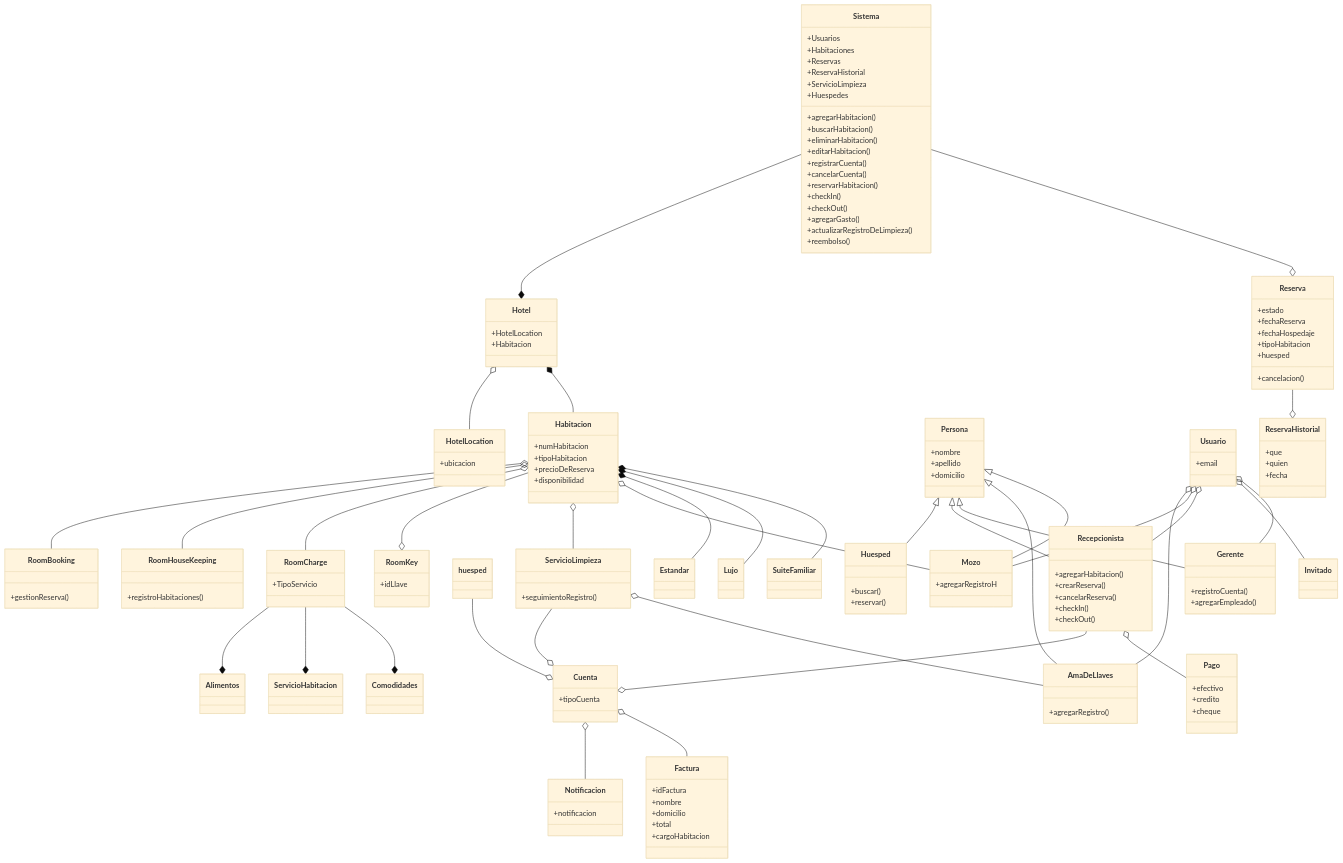
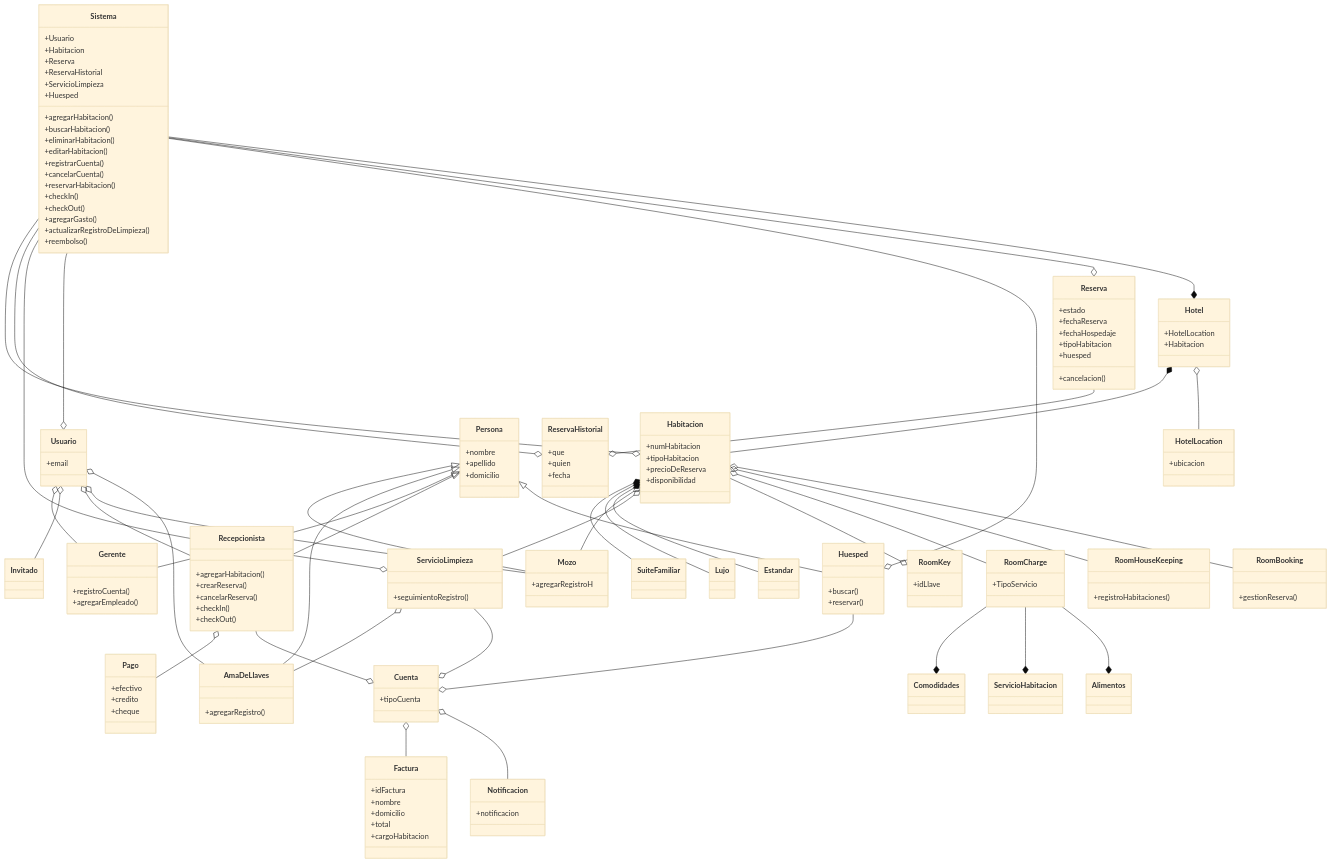
One commit to abrilchauq/Gestion-Hotelera changed the diagram in doc/diagrama.mmd. Above: the diagram before and after it, drawn with Mermaid (base theme).

```diff
--- a/doc/diagrama.mmd
+++ b/doc/diagrama.mmd
@@ -1,170 +1,171 @@
 classDiagram
 
     Hotel o-- HotelLocation
     Hotel *-- Habitacion
+    class Hotel
+    Hotel: +HotelLocation
+    Hotel: +Habitacion
+
+    class HotelLocation
+    HotelLocation: +ubicacion
 
     Persona <|-- Huesped 
     Persona <|-- Recepcionista
     Persona <|-- Gerente
     Persona <|-- AmaDeLlaves
     Persona <|-- Mozo
 
-   huesped --o Cuenta
-    Recepcionista --o Cuenta
-    ServicioLimpieza --o Cuenta
-
-    ServicioLimpieza o-- AmaDeLlaves
+    class Persona 
+    Persona: +nombre
+    Persona: +apellido
+    Persona: +domicilio
 
     Habitacion o-- RoomBooking
     Habitacion o-- RoomHouseKeeping
     Habitacion o-- RoomCharge
     Habitacion --o RoomKey
     Habitacion o-- ServicioLimpieza
     Habitacion o-- Mozo
-
-    Cuenta o-- Notificacion
-    Cuenta o-- Factura
-
-    Recepcionista o-- Pago
-
     Habitacion *-- Estandar
     Habitacion *-- Lujo
     Habitacion *-- SuiteFamiliar
-
-    RoomCharge --* Alimentos
-    RoomCharge --* ServicioHabitacion
-    RoomCharge --* Comodidades
-
-    Sistema --* Hotel
-    Sistema --o Reserva
-
-    Usuario o-- AmaDeLlaves
-    Usuario o-- Mozo 
-    Usuario o-- Recepcionista
-    Usuario o-- Invitado
-    Usuario o-- Gerente
-
-    Reserva --o ReservaHistorial 
-
-
-
-    class Hotel
-    Hotel: +HotelLocation
-    Hotel: +Habitacion
-
-    class HotelLocation
-    HotelLocation: +ubicacion
-
-    class Persona 
-    Persona: +nombre
-    Persona: +apellido
-    Persona: +domicilio
 
     class Habitacion
     Habitacion: +numHabitacion
     Habitacion: +tipoHabitacion
     Habitacion: +precioDeReserva
     Habitacion: +disponibilidad
 
-    class Cuenta 
+    Cuenta o-- Notificacion
+    Cuenta o-- Factura
+
+    class Cuenta
     Cuenta: +tipoCuenta
 
     class Gerente
     Gerente: +registroCuenta()
     Gerente: +agregarEmpleado()
+
+    Huesped --o Cuenta
 
     class Huesped
     Huesped: +buscar()
     Huesped: +reservar()
 
     class AmaDeLlaves
     AmaDeLlaves: +agregarRegistro()
 
+    Recepcionista --o Cuenta
+    Recepcionista o-- Pago
+
     class Recepcionista
     Recepcionista: +agregarHabitacion()
     Recepcionista: +crearReserva()
     Recepcionista: +cancelarReserva()
     Recepcionista: +checkIn()
     Recepcionista: +checkOut()
+
+    ServicioLimpieza --o Cuenta
+    ServicioLimpieza o-- AmaDeLlaves
 
     class ServicioLimpieza
     ServicioLimpieza: +seguimientoRegistro()
 
     class RoomBooking 
     RoomBooking: +gestionReserva()
 
     class Notificacion
     Notificacion: +notificacion
 
     class RoomHouseKeeping
     RoomHouseKeeping: +registroHabitaciones()
 
+    RoomCharge --* Alimentos
+    RoomCharge --* ServicioHabitacion
+    RoomCharge --* Comodidades
+
     class RoomCharge
+    
     RoomCharge: +TipoServicio
 
     class Factura
     Factura: +idFactura
     Factura: +nombre
     Factura: +domicilio
     Factura: +total
     Factura: +cargoHabitacion
 
     class RoomKey 
     RoomKey: +idLlave
 
     class Pago
     Pago: +efectivo
     Pago: +credito
     Pago: +cheque
 
     class ReservaHistorial
     ReservaHistorial: +que
     ReservaHistorial: +quien
     ReservaHistorial: +fecha
+
+    Reserva --o ReservaHistorial
 
     class Reserva
     Reserva: +estado
     Reserva: +fechaReserva
     Reserva: +fechaHospedaje
     Reserva: +tipoHabitacion
     Reserva: +huesped
     Reserva: +cancelacion()
 
     class Estandar
 
     class Lujo
 
     class SuiteFamiliar
 
     class Alimentos
 
     class ServicioHabitacion
 
     class Comodidades
 
     class Mozo
     Mozo: +agregarRegistroH
 
+    Usuario o-- AmaDeLlaves
+    Usuario o-- Mozo 
+    Usuario o-- Recepcionista
+    Usuario o-- Invitado
+    Usuario o-- Gerente
+    
     class Usuario
     Usuario: +email
 
+    Sistema --* Hotel
+    Sistema --o Reserva
+    Sistema --o Huesped
+    Sistema --o Usuario
+    Sistema --o ServicioLimpieza
+    Sistema --o ReservaHistorial
+    Sistema --o Habitacion
+
     class Sistema
-    Sistema: +Usuarios
-    Sistema: +Habitaciones
-    Sistema: +Reservas
+    Sistema: +Usuario
+    Sistema: +Habitacion
+    Sistema: +Reserva
     Sistema: +ReservaHistorial
     Sistema: +ServicioLimpieza
-    Sistema: +Huespedes
-
+    Sistema: +Huesped
     Sistema: +agregarHabitacion()
     Sistema: +buscarHabitacion()
     Sistema: +eliminarHabitacion()
     Sistema: +editarHabitacion()
     Sistema: +registrarCuenta()
     Sistema: +cancelarCuenta()
     Sistema: +reservarHabitacion()
     Sistema: +checkIn()
     Sistema: +checkOut()
     Sistema: +agregarGasto()
     Sistema: +actualizarRegistroDeLimpieza()
     Sistema: +reembolso()
```
